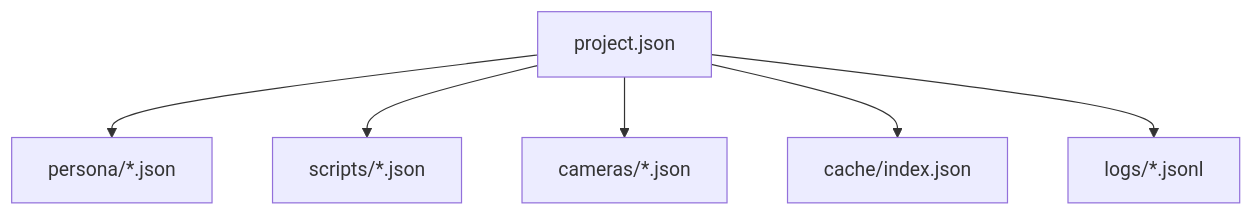
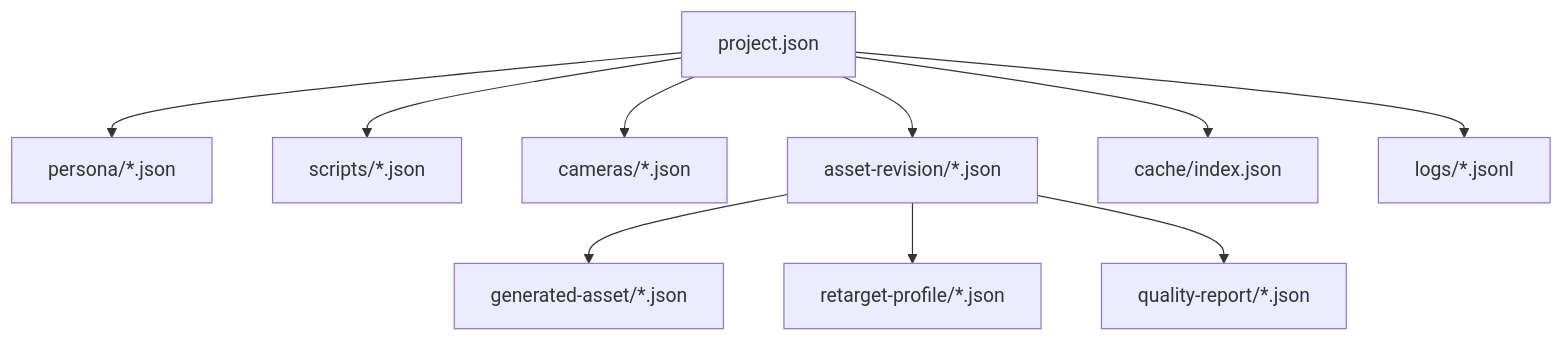
One commit to WangDan1989/AutoVision-AI changed the diagram in shortfilm-pipeline-docs/03-data-schema.md. Above: the diagram before and after it, drawn with Mermaid. The commit also changed other lines of this file and 14 other files, not shown here.

````diff
--- a/shortfilm-pipeline-docs/03-data-schema.md
+++ b/shortfilm-pipeline-docs/03-data-schema.md
@@ -121,15 +162,23 @@
 ```mermaid
 flowchart TD
     P[project.json]
     Persona[persona/*.json]
     Script[scripts/*.json]
     Camera[cameras/*.json]
+    Draft[generated-asset/*.json]
+    Revision[asset-revision/*.json]
+    Retarget[retarget-profile/*.json]
+    Report[quality-report/*.json]
     Cache[cache/index.json]
     Log[logs/*.jsonl]
 
     P --> Persona
     P --> Script
     P --> Camera
+    P --> Revision
+    Revision --> Draft
+    Revision --> Retarget
+    Revision --> Report
     P --> Cache
     P --> Log
 ```
````
